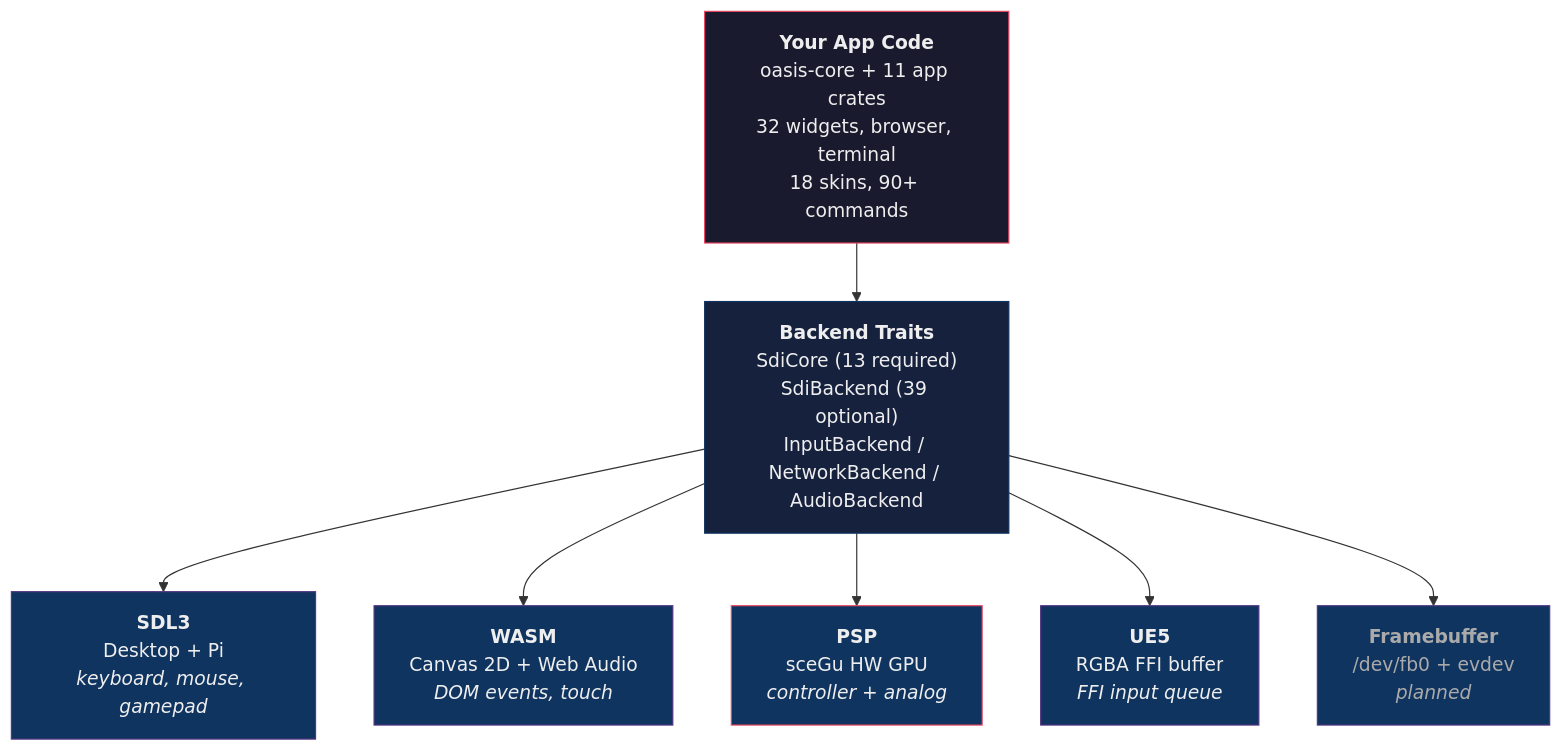
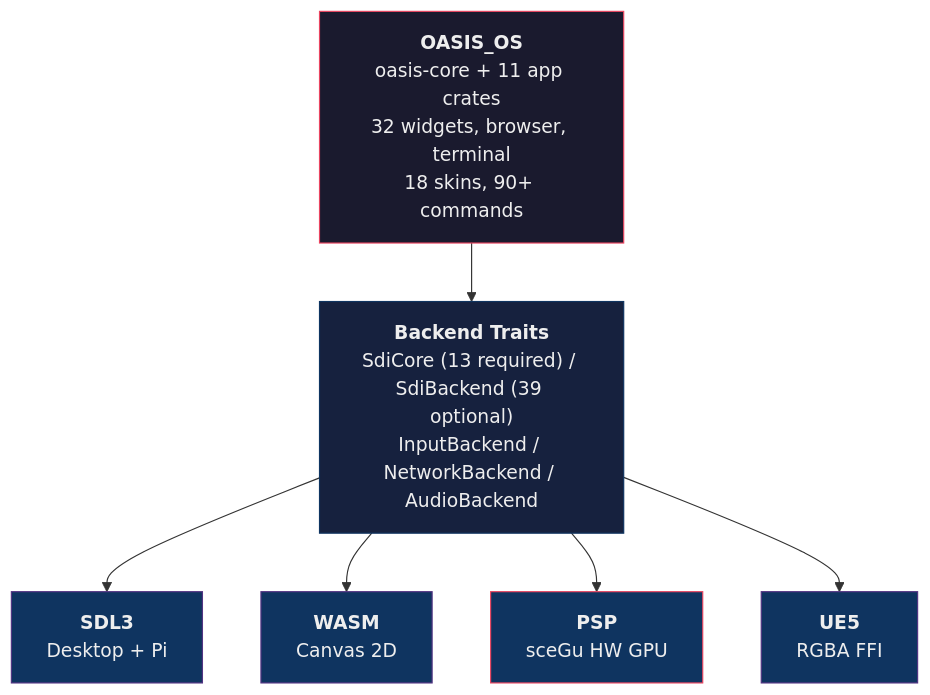
The diagram in README.md (AndrewAltimit/oasis-os), drawn with Mermaid before and after one commit.

Commit message:
docs: refine Mermaid diagram — OASIS_OS label, drop planned backend, cleaner layout

````diff
--- a/README.md
+++ b/README.md
@@ -41,26 +41,23 @@
 ```mermaid
 graph TD
-    APP["<b>Your App Code</b><br/>oasis-core + 11 app crates<br/>32 widgets, browser, terminal<br/>18 skins, 90+ commands"]
-    TRAITS["<b>Backend Traits</b><br/>SdiCore (13 required)<br/>SdiBackend (39 optional)<br/>InputBackend / NetworkBackend / AudioBackend"]
+    APP["<b>OASIS_OS</b><br/>oasis-core + 11 app crates<br/>32 widgets, browser, terminal<br/>18 skins, 90+ commands"]
+    TRAITS["<b>Backend Traits</b><br/>SdiCore (13 required) / SdiBackend (39 optional)<br/>InputBackend / NetworkBackend / AudioBackend"]
 
-    SDL["<b>SDL3</b><br/>Desktop + Pi<br/><i>keyboard, mouse, gamepad</i>"]
-    WASM["<b>WASM</b><br/>Canvas 2D + Web Audio<br/><i>DOM events, touch</i>"]
-    PSP["<b>PSP</b><br/>sceGu HW GPU<br/><i>controller + analog</i>"]
-    UE5["<b>UE5</b><br/>RGBA FFI buffer<br/><i>FFI input queue</i>"]
-    FB["<b>Framebuffer</b><br/>/dev/fb0 + evdev<br/><i>planned</i>"]
+    SDL["<b>SDL3</b><br/>Desktop + Pi"]
+    WASM["<b>WASM</b><br/>Canvas 2D"]
+    PSP["<b>PSP</b><br/>sceGu HW GPU"]
+    UE5["<b>UE5</b><br/>RGBA FFI"]
 
     APP --> TRAITS
     TRAITS --> SDL
     TRAITS --> WASM
     TRAITS --> PSP
     TRAITS --> UE5
-    TRAITS --> FB
 
     style APP fill:#1a1a2e,stroke:#e94560,color:#eee
     style TRAITS fill:#16213e,stroke:#0f3460,color:#eee
     style SDL fill:#0f3460,stroke:#533483,color:#eee
     style WASM fill:#0f3460,stroke:#533483,color:#eee
     style PSP fill:#0f3460,stroke:#e94560,color:#eee
     style UE5 fill:#0f3460,stroke:#533483,color:#eee
-    style FB fill:#0f3460,stroke:#533483,color:#aaa
 ```
````
